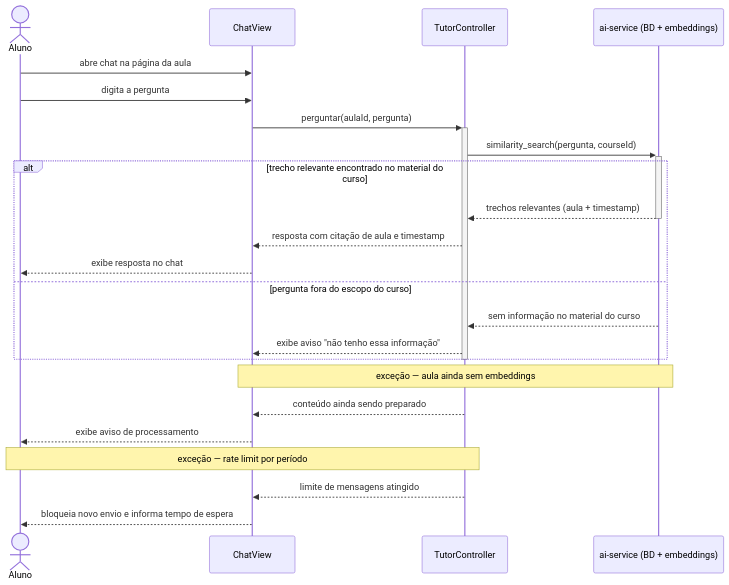
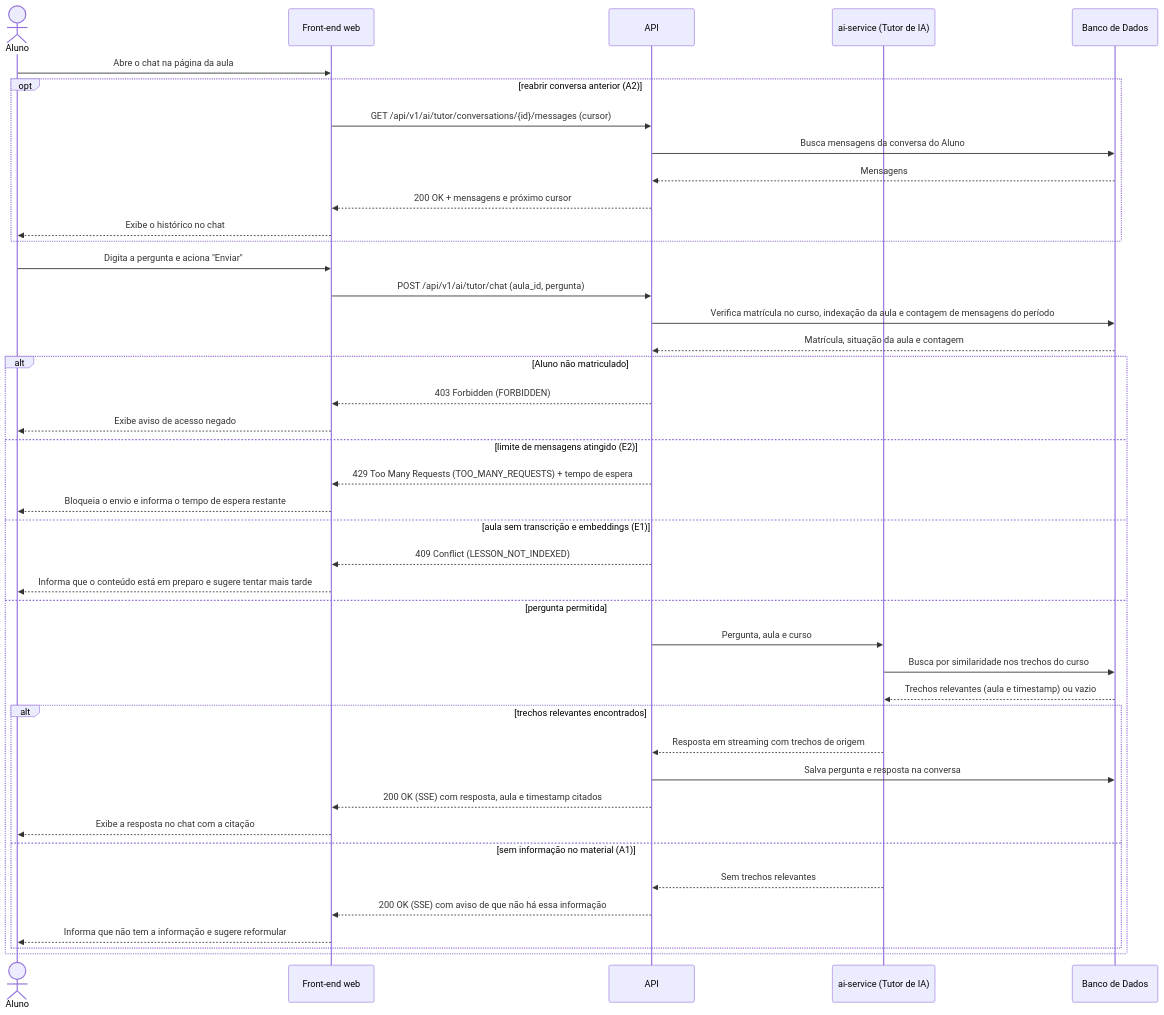
The diagram in docs/ssd/UC001-conversar-com-tutor-de-ia.md (Plataforma-de-Cursos-TCC/plataforma-cursos-docs), drawn with Mermaid before and after one commit. The commit also changed other lines of this file and 25 other files, not shown here.

````diff
--- a/docs/ssd/UC001-conversar-com-tutor-de-ia.md
+++ b/docs/ssd/UC001-conversar-com-tutor-de-ia.md
@@ -5,29 +5,45 @@
 ```mermaid
 sequenceDiagram
     actor Aluno
-    participant ChatView
-    participant TutorController
-    participant ai as ai-service (BD + embeddings)
+    participant FE as Front-end web
+    participant API
+    participant AI as ai-service (Tutor de IA)
+    participant DB as Banco de Dados
 
-    Aluno->>ChatView: abre chat na página da aula
-    Aluno->>ChatView: digita a pergunta
-    ChatView->>+TutorController: perguntar(aulaId, pergunta)
-    TutorController->>+ai: similarity_search(pergunta, courseId)
-    alt trecho relevante encontrado no material do curso
-        ai-->>-TutorController: trechos relevantes (aula + timestamp)
-        TutorController-->>ChatView: resposta com citação de aula e timestamp
-        ChatView-->>Aluno: exibe resposta no chat
-    else pergunta fora do escopo do curso
-        ai-->>TutorController: sem informação no material do curso
-        TutorController-->>ChatView: exibe aviso "não tenho essa informação"
+    Aluno->>FE: Abre o chat na página da aula
+    opt reabrir conversa anterior (A2)
+        FE->>API: GET /api/v1/ai/tutor/conversations/{id}/messages (cursor)
+        API->>DB: Busca mensagens da conversa do Aluno
+        DB-->>API: Mensagens
+        API-->>FE: 200 OK + mensagens e próximo cursor
+        FE-->>Aluno: Exibe o histórico no chat
     end
-    deactivate TutorController
-
-    Note over ChatView,ai: exceção — aula ainda sem embeddings
-    TutorController-->>ChatView: conteúdo ainda sendo preparado
-    ChatView-->>Aluno: exibe aviso de processamento
-
-    Note over Aluno,TutorController: exceção — rate limit por período
-    TutorController-->>ChatView: limite de mensagens atingido
-    ChatView-->>Aluno: bloqueia novo envio e informa tempo de espera
+    Aluno->>FE: Digita a pergunta e aciona "Enviar"
+    FE->>API: POST /api/v1/ai/tutor/chat (aula_id, pergunta)
+    API->>DB: Verifica matrícula no curso, indexação da aula e contagem de mensagens do período
+    DB-->>API: Matrícula, situação da aula e contagem
+    alt Aluno não matriculado
+        API-->>FE: 403 Forbidden (FORBIDDEN)
+        FE-->>Aluno: Exibe aviso de acesso negado
+    else limite de mensagens atingido (E2)
+        API-->>FE: 429 Too Many Requests (TOO_MANY_REQUESTS) + tempo de espera
+        FE-->>Aluno: Bloqueia o envio e informa o tempo de espera restante
+    else aula sem transcrição e embeddings (E1)
+        API-->>FE: 409 Conflict (LESSON_NOT_INDEXED)
+        FE-->>Aluno: Informa que o conteúdo está em preparo e sugere tentar mais tarde
+    else pergunta permitida
+        API->>AI: Pergunta, aula e curso
+        AI->>DB: Busca por similaridade nos trechos do curso
+        DB-->>AI: Trechos relevantes (aula e timestamp) ou vazio
+        alt trechos relevantes encontrados
+            AI-->>API: Resposta em streaming com trechos de origem
+            API->>DB: Salva pergunta e resposta na conversa
+            API-->>FE: 200 OK (SSE) com resposta, aula e timestamp citados
+            FE-->>Aluno: Exibe a resposta no chat com a citação
+        else sem informação no material (A1)
+            AI-->>API: Sem trechos relevantes
+            API-->>FE: 200 OK (SSE) com aviso de que não há essa informação
+            FE-->>Aluno: Informa que não tem a informação e sugere reformular
+        end
+    end
 ```
````
